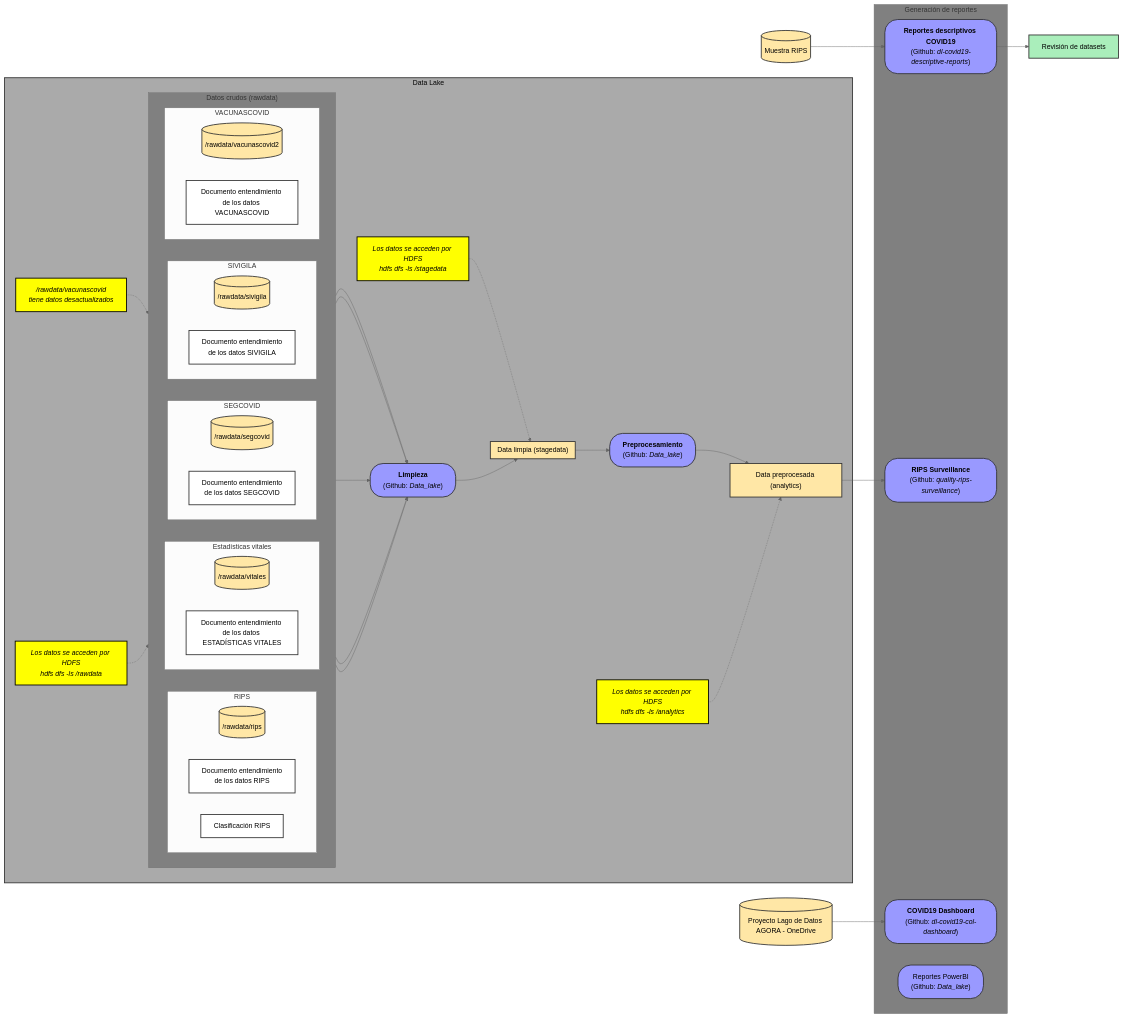
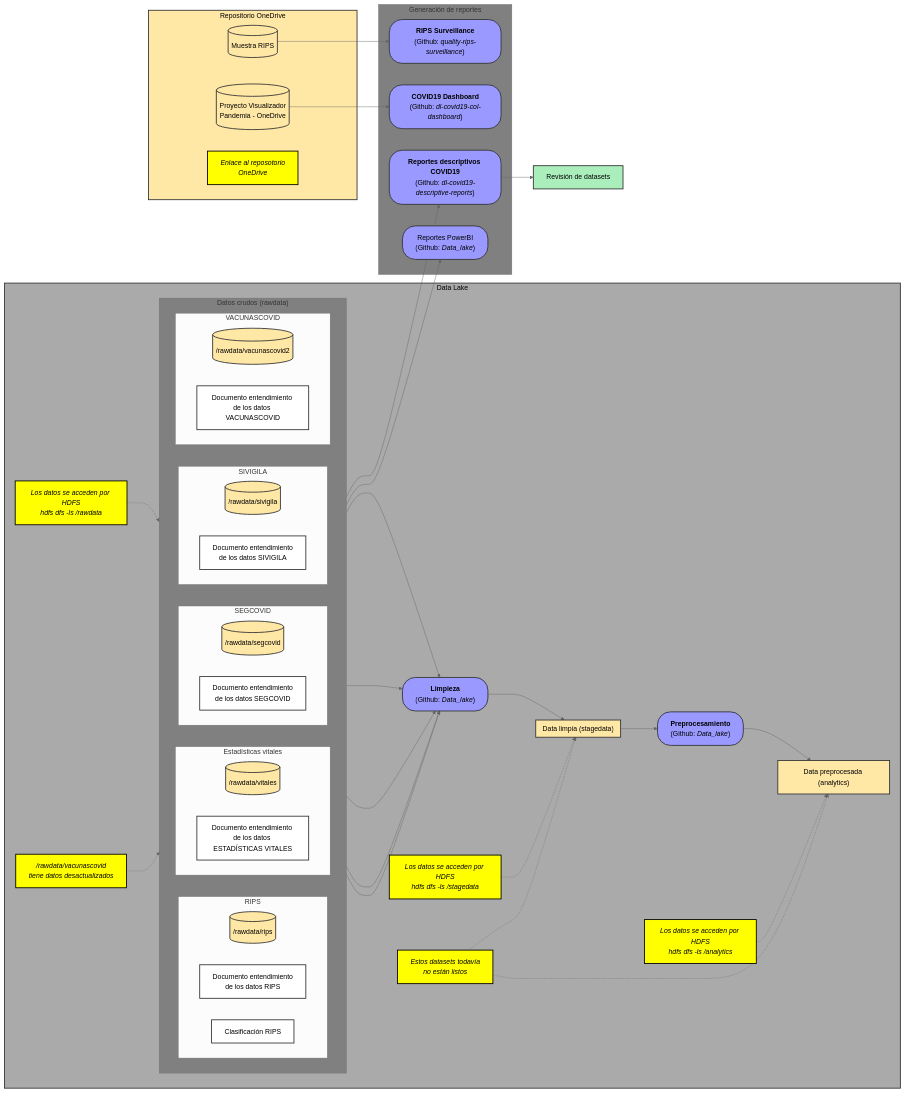
Before and after one commit to AGORA-COL/.github: the diagram in profile/DataLake/FlujoDatos.md, drawn with Mermaid (neutral theme).

```diff
--- a/profile/DataLake/FlujoDatos.md
+++ b/profile/DataLake/FlujoDatos.md
@@ -83,17 +83,28 @@
                 hdfs dfs -ls /analytics
         `"]
         comm4 -.-> AN
+
+        comm5["`Estos datasets todavía
+        no están listos`"]
+
+        comm5 -.-> AN
+        comm5 -.-> DP
     end
     
     %% AN --> RD
-    RIPS_MUESTRA --> RD
-    AN --> RS
+    R --> RD
+    %% AN --> RS
+    RIPS_MUESTRA --> RS
 
 
-    OD[("`Proyecto Lago de Datos AGORA - OneDrive`")]
-    RIPS_MUESTRA[("`Muestra RIPS`")]
-
-    OD --> DB
+    subgraph OD["Repositorio OneDrive"]
+        RIPS_MUESTRA[("`Muestra RIPS`")]
+        PVP[("`Proyecto Visualizador 
+        Pandemia - OneDrive`")]
+        comm6["`Enlace al reposotorio 
+        OneDrive`"]
+    end
+    PVP --> DB
     
 
     subgraph G[Generación de reportes]
@@ -105,11 +116,10 @@
         DB["`**COVID19 Dashboard**
         (Github: *dl-covid19-col-dashboard*)`"]
         PBI["`Reportes PowerBI
-        (Github: *Data_lake*)
-        `"]
+        (Github: *Data_lake*)`"]
     end
 
-
+    DATA_RIPS --> PBI
     RD --> RevDS
 
     RevDS["Revisión de datasets"]
@@ -124,15 +134,16 @@
     classDef paragraph fill:white,stroke:white;
     classDef comment fill:yellow,stroke:black,color:black,stroke-width:2px,font-style:italic
     classDef container fill:gray
+    classDef label fill:transparent,stroke:transparent
 
 
     class CRIPS,DOC_RIPS,DOC_EV,DOC_SEGCOVID,DOC_SIVIGILA,DOC_VACUNASCOVID doc;
     class DATA_RIPS,DATA_EV,DATA_SEGCOVID,DATA_SIVIGILA,DATA_VACUNASCOVID data;
     class R,G container;
     class DL repository;
-    class DP,OD,AN,RIPS_MUESTRA data;
+    class DP,OD,AN,RIPS_MUESTRA,PVP data;
     class L,P,PBI,RD,DB,RS process;
-    class comm1,comm2,comm3,comm4 comment;
+    class comm1,comm2,comm3,comm4,comm5,comm6 comment;
     class RevDS report;
 
     click L "https://github.com/AGORA-COL/Data_lake"
@@ -150,7 +161,7 @@
     click DB "https://github.com/AGORA-COL/dl-covid19-col-dashboard"
     click RS "https://github.com/AGORA-COL/quality-rips-surveillance"
 
-    click OD "https://livejaverianaedu-my.sharepoint.com/personal/jemurillo_javeriana_edu_co/_layouts/15/onedrive.aspx?e=5%3Aa55942a7bb4246b7b87344e4c2d263b8&sharingv2=true&fromShare=true&at=9&CT=1727201099492&OR=OWA%2DNT%2DMail&CID=737d02ea%2Df0eb%2Df341%2Df361%2D9bbdab61b3a7&id=%2Fpersonal%2Fjemurillo%5Fjaveriana%5Fedu%5Fco%2FDocuments%2FJAVERIANA%2FProyecto%20AGORA%2FProyecto%20lago%20de%20datos%20AGORA&FolderCTID=0x012000FE02BE409825504DAFD5FA09F3B44529&view=0"
+    click comm6 "https://livejaverianaedu-my.sharepoint.com/personal/jemurillo_javeriana_edu_co/_layouts/15/onedrive.aspx?e=5%3Aa55942a7bb4246b7b87344e4c2d263b8&sharingv2=true&fromShare=true&at=9&CT=1727201099492&OR=OWA%2DNT%2DMail&CID=737d02ea%2Df0eb%2Df341%2Df361%2D9bbdab61b3a7&id=%2Fpersonal%2Fjemurillo%5Fjaveriana%5Fedu%5Fco%2FDocuments%2FJAVERIANA%2FProyecto%20AGORA%2FProyecto%20lago%20de%20datos%20AGORA&FolderCTID=0x012000FE02BE409825504DAFD5FA09F3B44529&view=0"
 
     click RIPS_MUESTRA "https://livejaverianaedu-my.sharepoint.com/personal/jemurillo_javeriana_edu_co/_layouts/15/onedrive.aspx?e=5%3Aa55942a7bb4246b7b87344e4c2d263b8&sharingv2=true&fromShare=true&at=9&CT=1727201099492&OR=OWA-NT-Mail&CID=737d02ea-f0eb-f341-f361-9bbdab61b3a7&id=%2Fpersonal%2Fjemurillo_javeriana_edu_co%2FDocuments%2FJAVERIANA%2FProyecto%20AGORA%2FProyecto%20lago%20de%20datos%20AGORA%2FRIPS-%20Rutina%20clasificaci%C3%B3n%2Fdata&FolderCTID=0x012000FE02BE409825504DAFD5FA09F3B44529&view=0"
 
```
